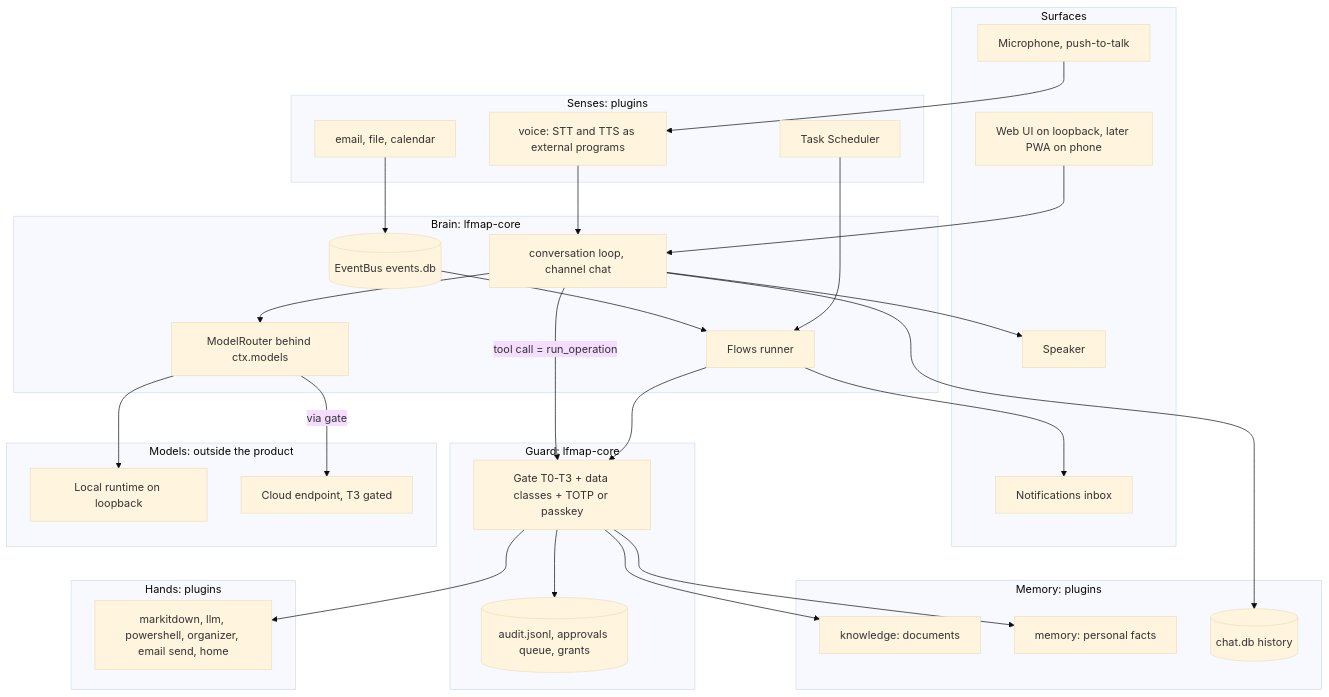
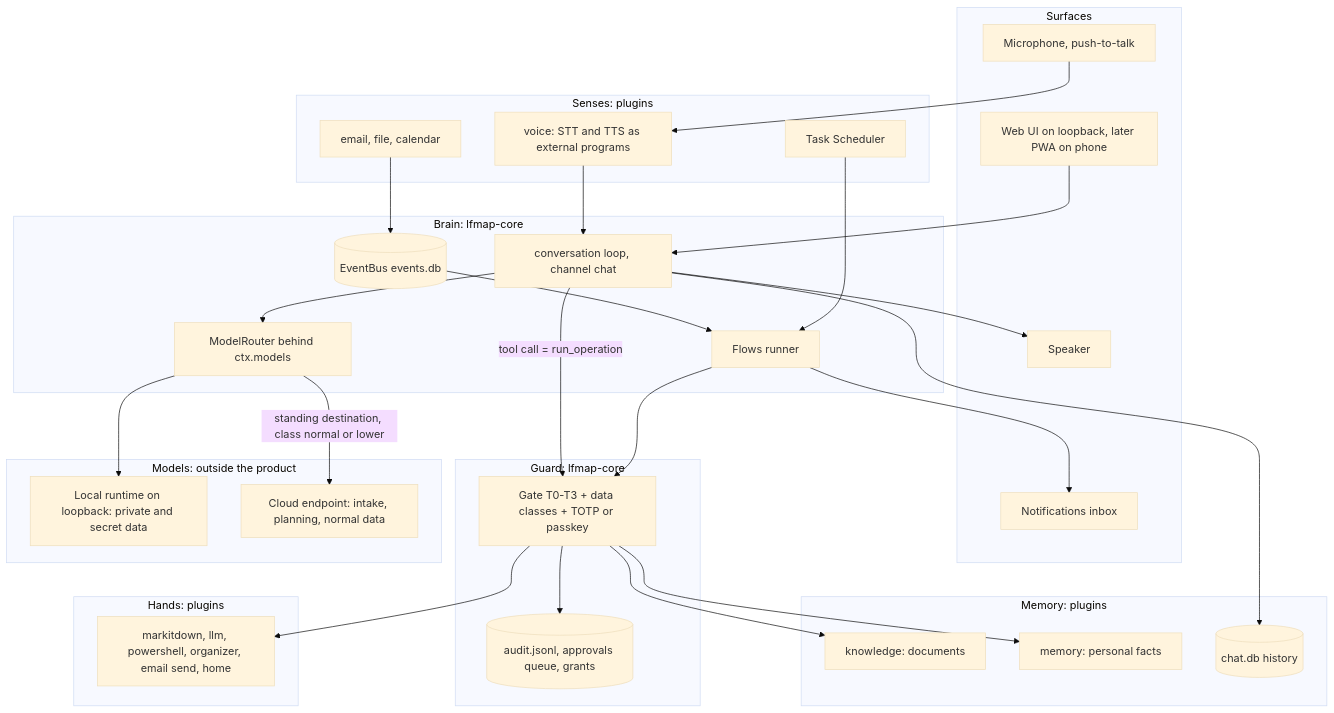
The diagram in docs/research/2026-11-10-lanhai-assistant-architecture.md (hungnp1999/lfmap), drawn with Mermaid (base theme) before and after one commit. The commit also changed other lines of this file, not shown here.

First line of the commit message:
docs(research): record owner decisions on the Lan Hài sketch, add cloud intake design (#157)

````diff
--- a/docs/research/2026-11-10-lanhai-assistant-architecture.md
+++ b/docs/research/2026-11-10-lanhai-assistant-architecture.md
@@ -36,53 +37,53 @@
 ```mermaid
 flowchart TB
   subgraph surfaces [Surfaces]
     WEB[Web UI on loopback, later PWA on phone]
     MIC[Microphone, push-to-talk]
     SPK[Speaker]
     NOTE[Notifications inbox]
   end
   subgraph senses [Senses: plugins]
     VOICE[voice: STT and TTS as external programs]
     EMAIL[email, file, calendar]
     SCHED[Task Scheduler]
   end
   subgraph brain [Brain: lfmap-core]
     CONV[conversation loop, channel chat]
     ROUTER[ModelRouter behind ctx.models]
     FLOWS[Flows runner]
     BUS[(EventBus events.db)]
   end
   subgraph guard [Guard: lfmap-core]
     GATE[Gate T0-T3 + data classes + TOTP or passkey]
     AUD[(audit.jsonl, approvals queue, grants)]
   end
   subgraph memory [Memory: plugins]
     KN[knowledge: documents]
     MEM[memory: personal facts]
     HIST[(chat.db history)]
   end
   subgraph hands [Hands: plugins]
     TOOLS[markitdown, llm, powershell, organizer, email send, home]
   end
   subgraph models [Models: outside the product]
-    LOCAL[Local runtime on loopback]
-    CLOUD[Cloud endpoint, T3 gated]
+    LOCAL[Local runtime on loopback: private and secret data]
+    CLOUD[Cloud endpoint: intake, planning, normal data]
   end
   WEB --> CONV
   MIC --> VOICE --> CONV
   CONV --> SPK
   EMAIL --> BUS
   SCHED --> FLOWS
   BUS --> FLOWS
   FLOWS --> NOTE
   CONV --> ROUTER
   FLOWS --> GATE
   CONV -->|tool call = run_operation| GATE
   ROUTER --> LOCAL
-  ROUTER -->|via gate| CLOUD
+  ROUTER -->|standing destination, class normal or lower| CLOUD
   GATE --> TOOLS
   GATE --> KN
   GATE --> MEM
   GATE --> AUD
   CONV --> HIST
 ```
````
